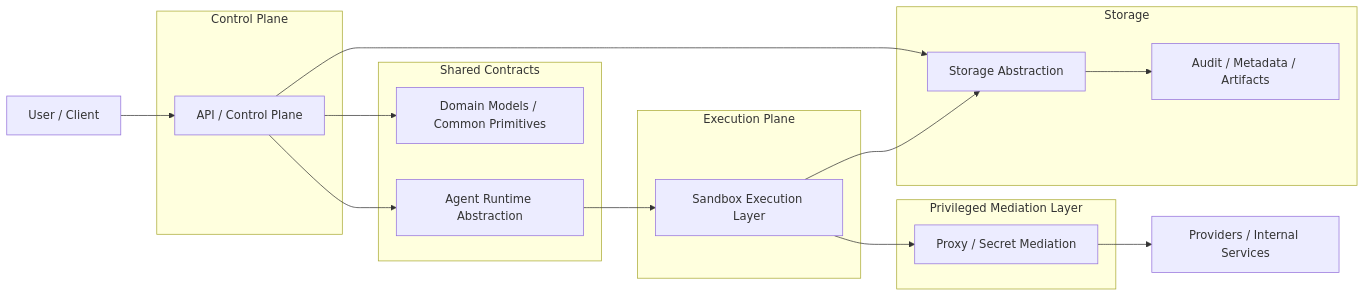
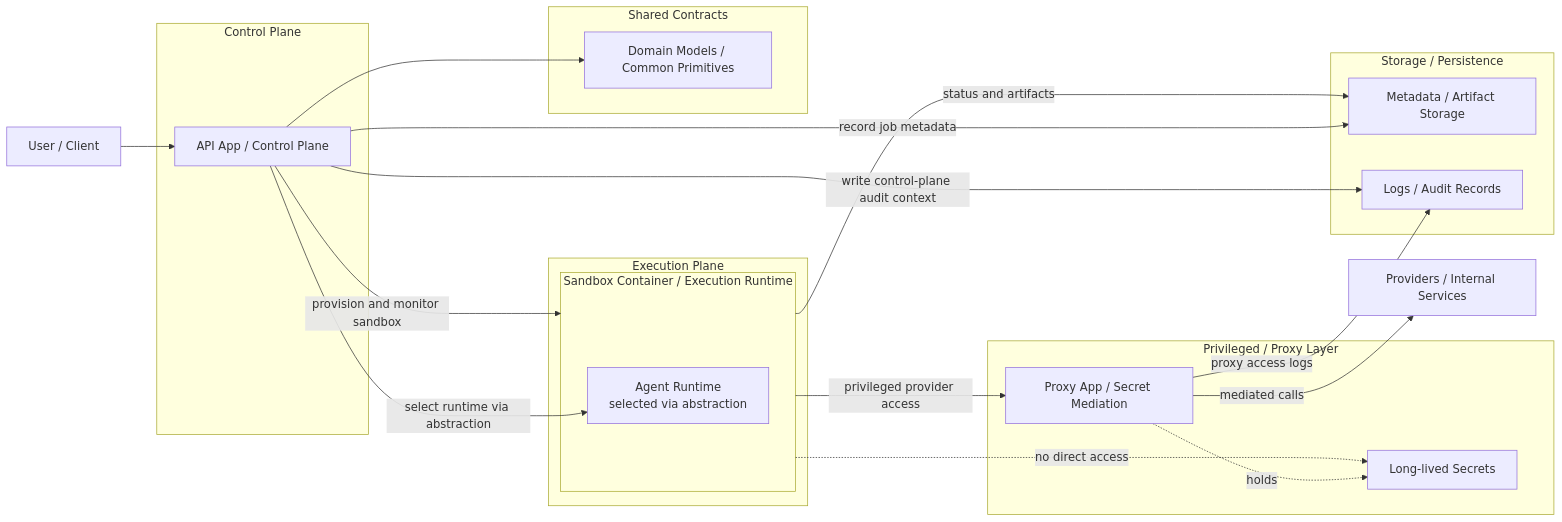
Before and after one commit to wontaeJeong/agentsty: the first of 2 diagrams in docs/architecture.md, drawn with Mermaid. The commit also changed other lines of this file and 1 other file, not shown here.

Commit message:
Add service-oriented architecture diagram

````diff
--- a/docs/architecture.md
+++ b/docs/architecture.md
@@ -12,36 +12,41 @@
 ```mermaid
 flowchart LR
     user[User / Client]
 
     subgraph cp[Control Plane]
-        api[API / Control Plane]
+        api[API App / Control Plane]
+    end
+
+    subgraph px[Privileged / Proxy Layer]
+        proxy[Proxy App / Secret Mediation]
+        secrets[Long-lived Secrets]
+    end
+
+    subgraph ep[Execution Plane]
+        subgraph sandbox[Sandbox Container / Execution Runtime]
+            agent[Agent Runtime<br/>selected via abstraction]
+        end
+    end
+
+    subgraph st[Storage / Persistence]
+        storage[Metadata / Artifact Storage]
+        audit[Logs / Audit Records]
     end
 
     subgraph contracts[Shared Contracts]
         common[Domain Models / Common Primitives]
-        agent[Agent Runtime Abstraction]
-    end
-
-    subgraph px[Privileged Mediation Layer]
-        proxy[Proxy / Secret Mediation]
-    end
-
-    subgraph ep[Execution Plane]
-        sandbox[Sandbox Execution Layer]
-    end
-
-    subgraph st[Storage]
-        storage[Storage Abstraction]
-        audit[Audit / Metadata / Artifacts]
     end
 
     user --> api
     api --> common
-    api --> agent
-    agent --> sandbox
-    sandbox --> proxy
-    api --> storage
-    sandbox --> storage
-    storage --> audit
-    proxy --> provider[Providers / Internal Services]
+    api -->|select runtime via abstraction| agent
+    api -->|provision and monitor sandbox| sandbox
+    api -->|record job metadata| storage
+    api -->|write control-plane audit context| audit
+    sandbox -->|status and artifacts| storage
+    sandbox -->|privileged provider access| proxy
+    proxy -->|mediated calls| provider[Providers / Internal Services]
+    proxy -->|proxy access logs| audit
+    proxy -.->|holds| secrets
+    sandbox -.->|no direct access| secrets
 ```
````
